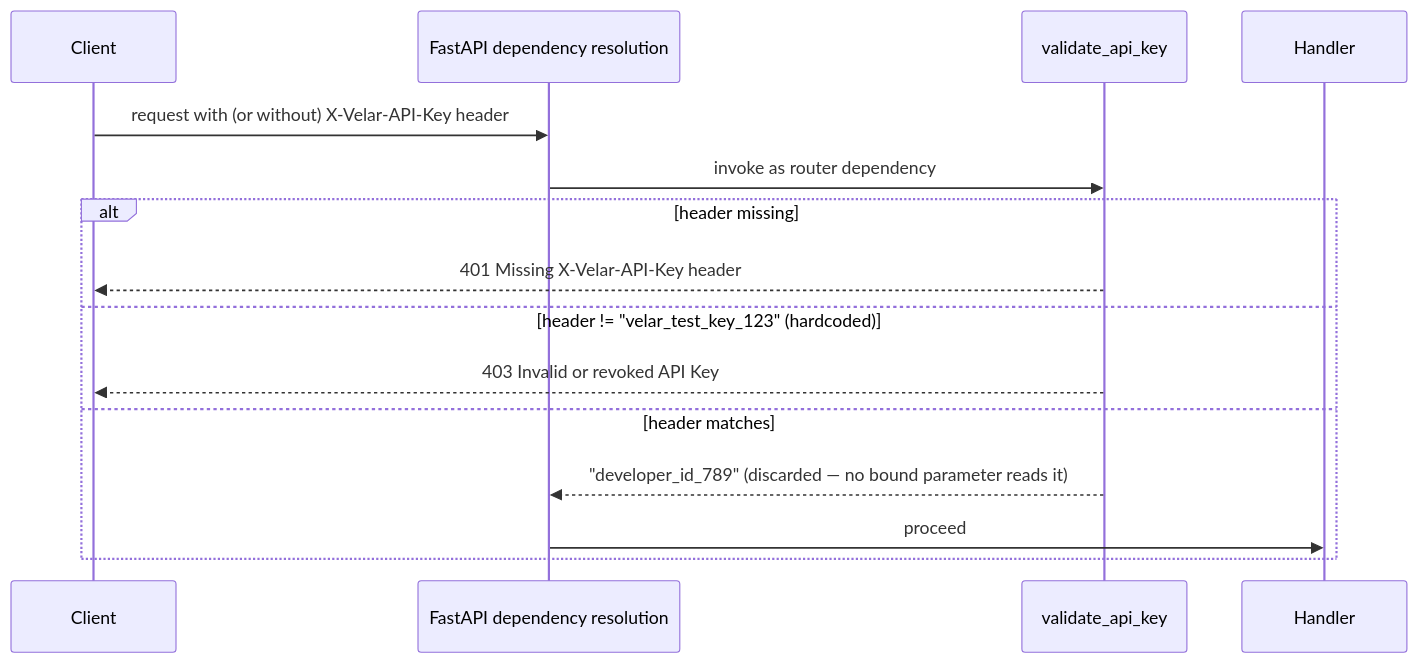
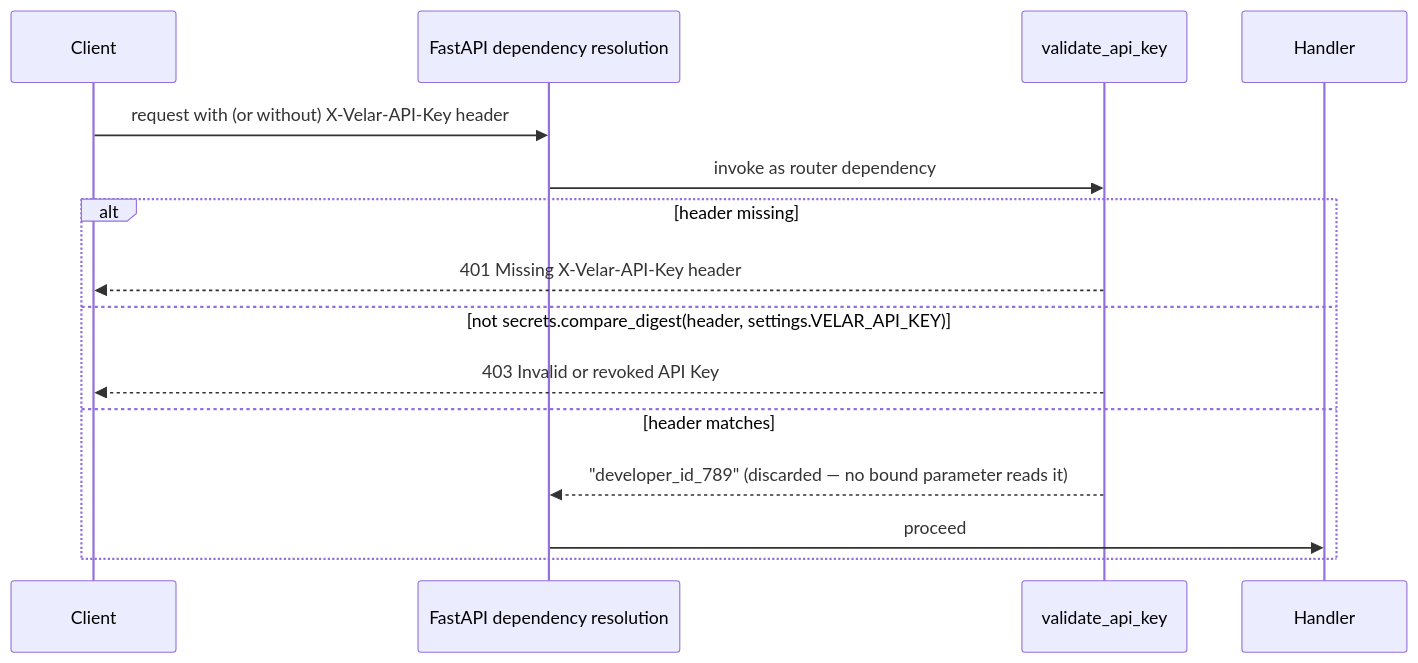
One commit to lokeshramchand-ctrl/velar-backend changed the third of 4 diagrams in docs/17-senior-architect-review.md. Above: the diagram before and after it, drawn with Mermaid. The commit also changed other lines of this file and 34 other files, not shown here.

````diff
--- a/docs/17-senior-architect-review.md
+++ b/docs/17-senior-architect-review.md
@@ -117,16 +119,16 @@
 ```mermaid
 sequenceDiagram
     participant C as Client
     participant FA as FastAPI dependency resolution
     participant Sec as validate_api_key
     C->>FA: request with (or without) X-Velar-API-Key header
     FA->>Sec: invoke as router dependency
     alt header missing
         Sec-->>C: 401 Missing X-Velar-API-Key header
-    else header != "velar_test_key_123" (hardcoded)
+    else not secrets.compare_digest(header, settings.VELAR_API_KEY)
         Sec-->>C: 403 Invalid or revoked API Key
     else header matches
         Sec-->>FA: "developer_id_789" (discarded — no bound parameter reads it)
         FA->>Handler: proceed
     end
 ```
````
